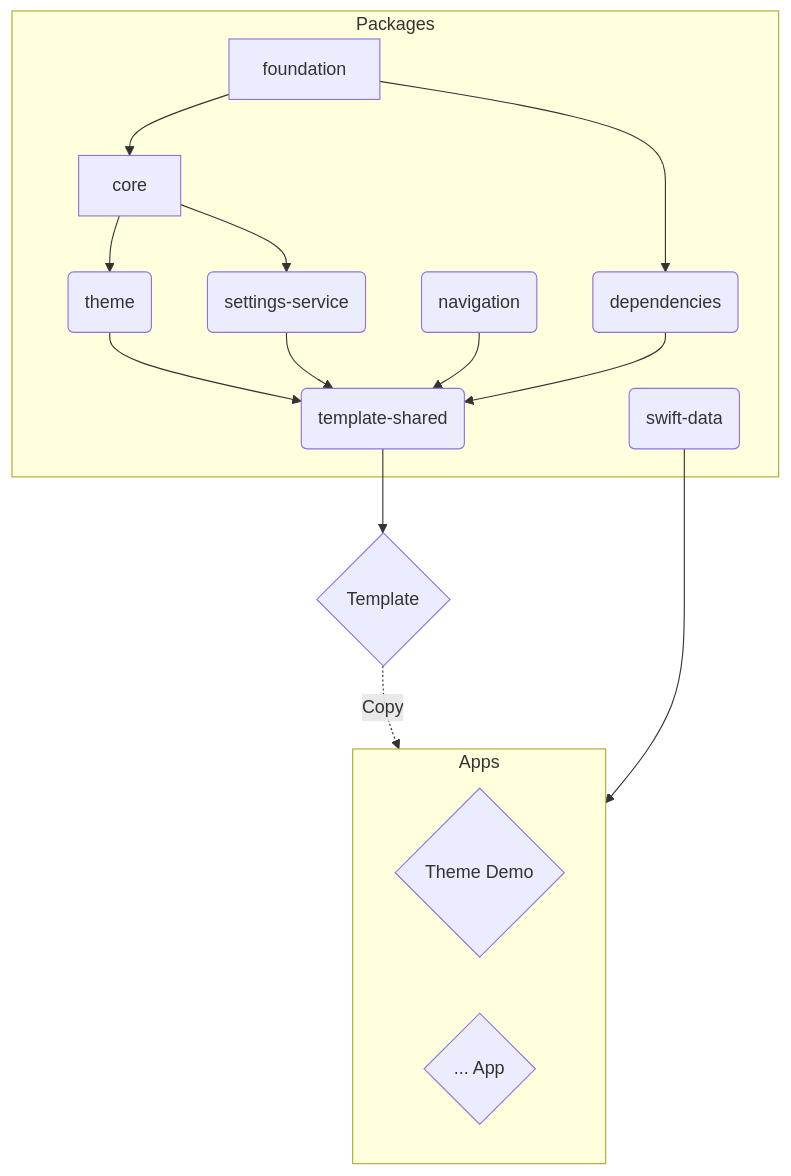
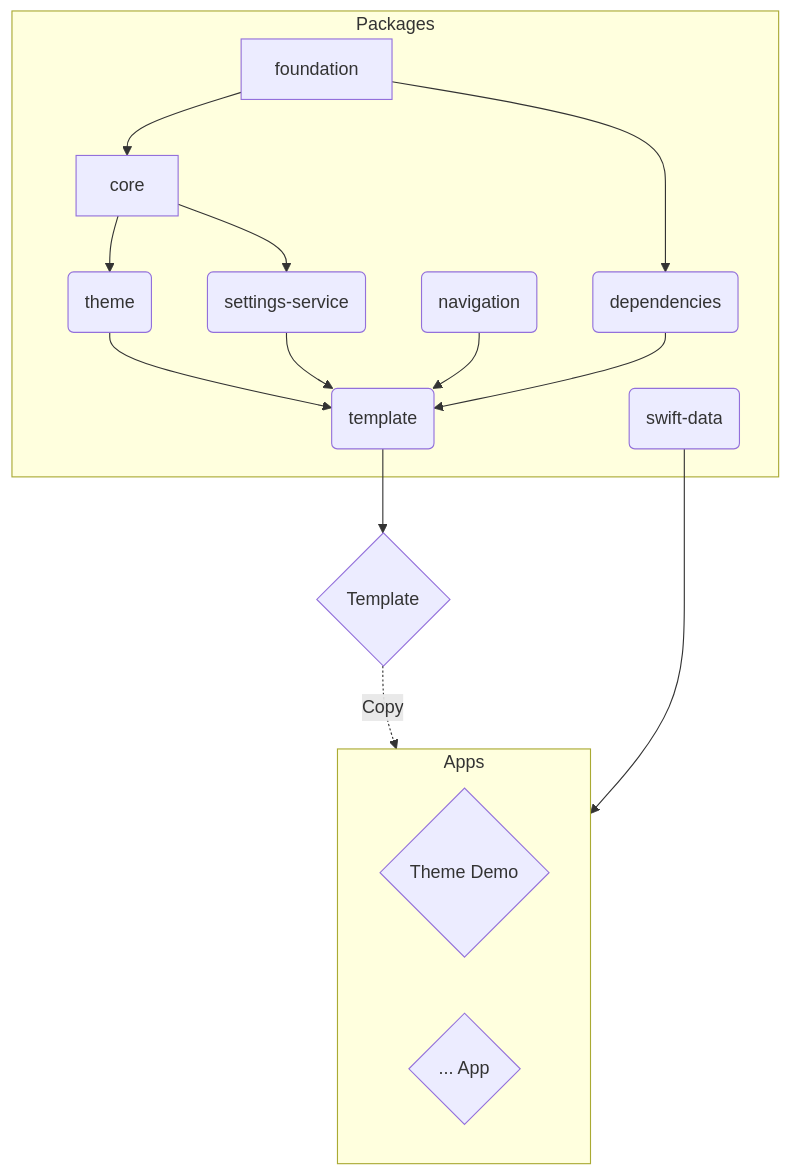
One commit to simonnickel/snap changed the diagram in README.md. Above: the diagram before and after it, drawn with Mermaid. The commit also changed other lines of this file, not shown here.

Commit message:
Remove shared from readme

````diff
--- a/README.md
+++ b/README.md
@@ -26,37 +26,37 @@
 ```mermaid
 flowchart TD
 
     subgraph Packages
     C1[foundation]
     C2[core]
     M2(theme)
     M3(settings-service)
     M4(navigation)
     M5(dependencies)
     M6(swift-data)
-    M1(template-shared)
+    M1(template)
     end
     
     A1{Template}
 
     subgraph Apps
     A2{Theme Demo}
     A3{... App}
     end
 
     C1 --> C2
     C1 --> M5
 
     C2 --> M2
     C2 --> M3
 
     M2 --> M1
     M3 --> M1
     M4 --> M1
     M5 --> M1
 
     M1 --> A1
 
     A1 -.->|Copy| Apps
     M6 --> Apps
 ```
````
